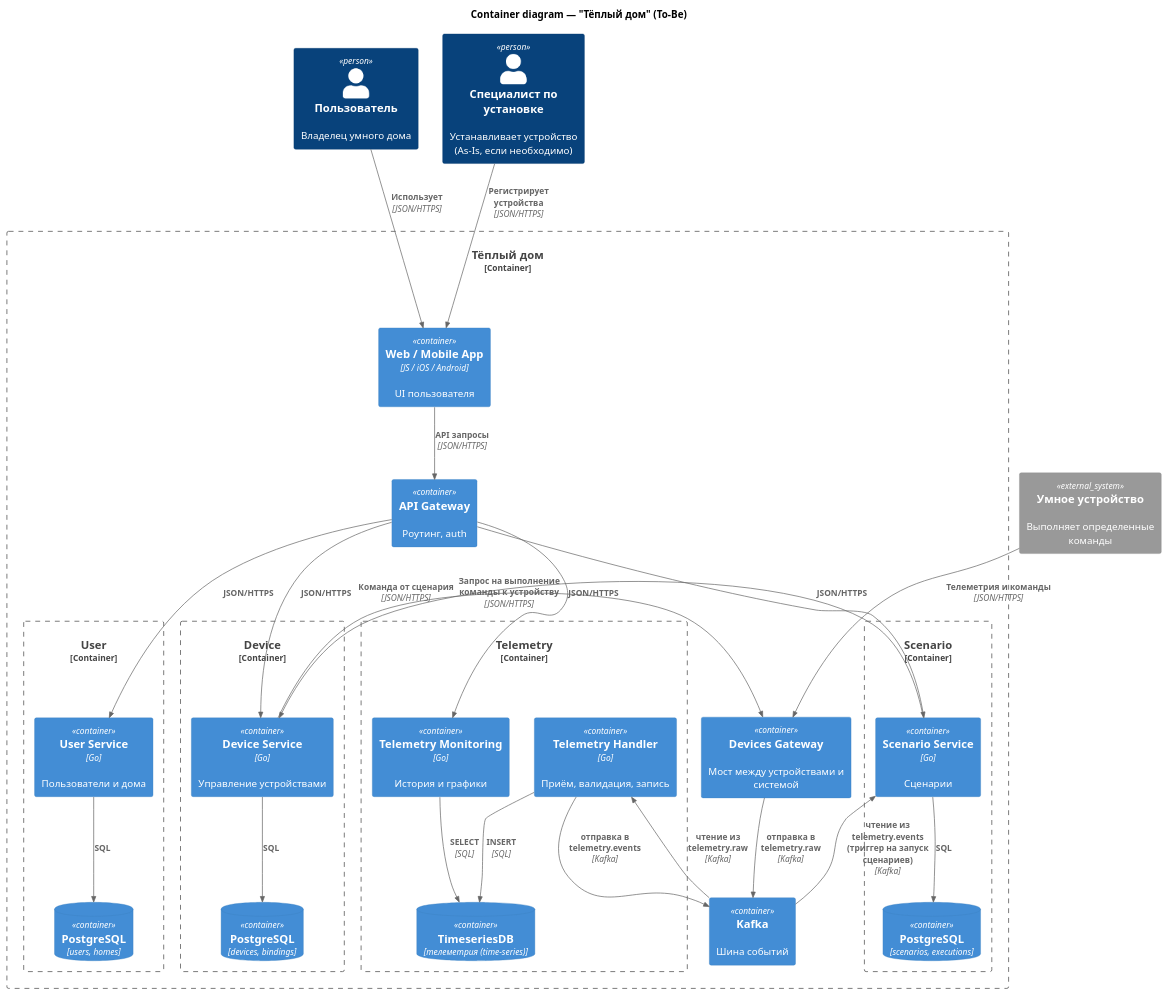
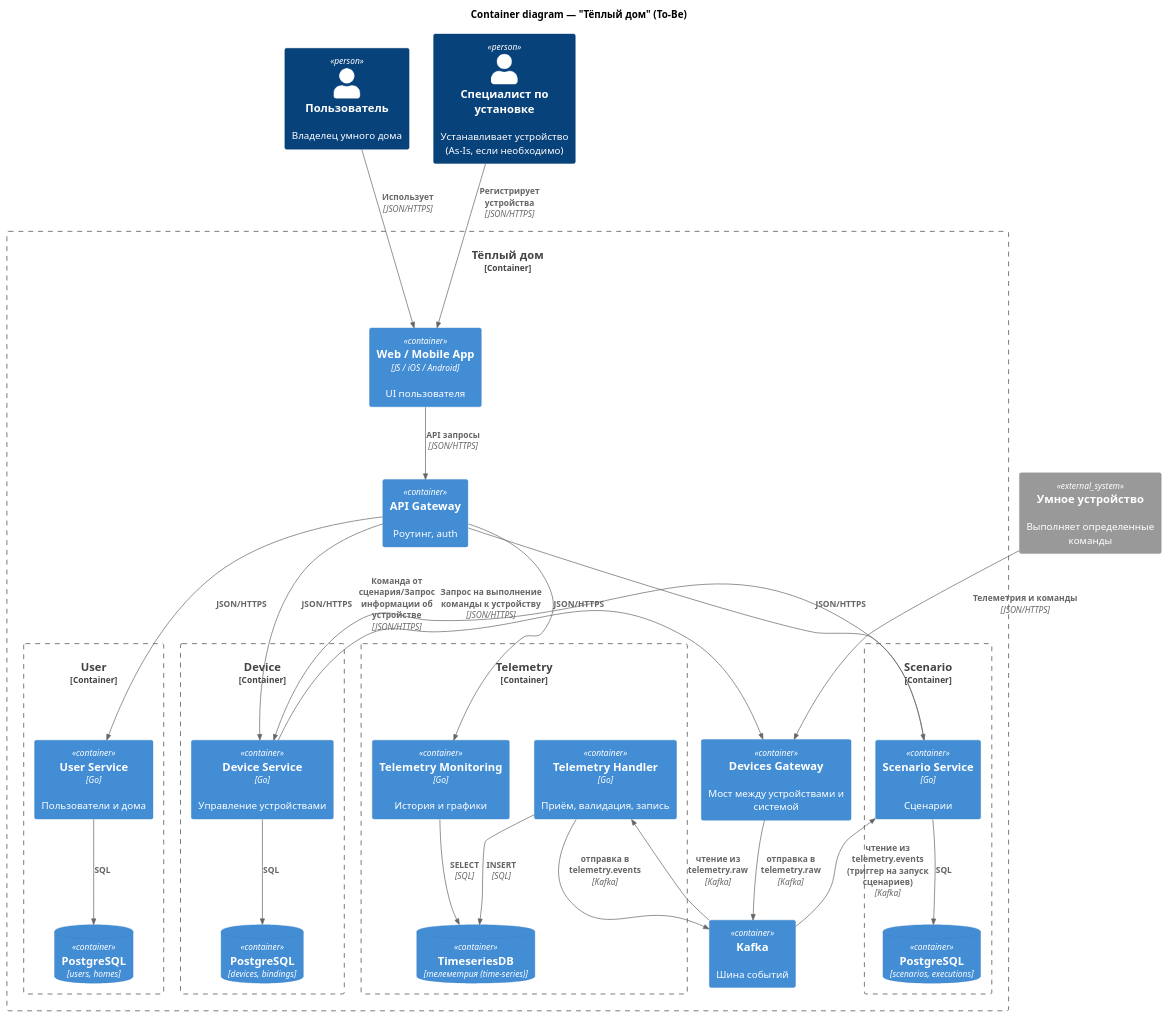
One commit to drunkendolphin2-ai/architecture-warmhouse changed the diagram in diagrams/context/SmartHome_Container.puml. Above: the diagram before and after it, drawn with PlantUML. The commit also changed 1 other file, not shown here.

```diff
--- a/diagrams/context/SmartHome_Container.puml
+++ b/diagrams/context/SmartHome_Container.puml
@@ -1,71 +1,71 @@
 @startuml
 !includeurl https://raw.githubusercontent.com/plantuml-stdlib/C4-PlantUML/master/C4_Container.puml
 
 title Container diagram — "Тёплый дом" (To-Be)
 
 Person(user, "Пользователь", "Владелец умного дома")
 Person(specialist, "Специалист по установке", "Устанавливает устройство (As-Is, если необходимо)")
 
 System_Ext(device, "Умное устройство", "Выполняет определенные команды")
 
 Container_Boundary(warmHouse, "Тёплый дом") {
 
     Container(webApp, "Web / Mobile App", "JS / iOS / Android", "UI пользователя")
     Container(apiGw, "API Gateway", "", "Роутинг, auth")
     Container(iotGw, "Devices Gateway", "", "Мост между устройствами и системой")
     Container(broker, "Kafka", "", "Шина событий")
 
     Container_Boundary(b_user, "User") {
         Container(userService, "User Service", "Go", "Пользователи и дома")
         ContainerDb(pgUser, "PostgreSQL", "users, homes")
     }
 
     Container_Boundary(b_device, "Device") {
         Container(deviceService, "Device Service", "Go", "Управление устройствами")
         ContainerDb(pgDevice, "PostgreSQL", "devices, bindings")
     }
 
     Container_Boundary(b_telemetry, "Telemetry") {
         Container(telemetryIn, "Telemetry Handler", "Go", "Приём, валидация, запись")
         Container(telemetryMonitoring, "Telemetry Monitoring", "Go", "История и графики")
         ContainerDb(tsdb, "TimeseriesDB", "телеметрия (time-series)")
     }
 
     Container_Boundary(b_scenario, "Scenario") {
         Container(scenarioService, "Scenario Service", "Go", "Сценарии")
         ContainerDb(pgScenario, "PostgreSQL", "scenarios, executions")
     }
 }
 
 ' Пользователи
 Rel(user, webApp, "Использует", "JSON/HTTPS")
 Rel(specialist, webApp, "Регистрирует устройства", "JSON/HTTPS")
 Rel(webApp, apiGw, "API запросы", "JSON/HTTPS")
 
 ' Запросы пользователей через Gateway
 Rel(apiGw, userService, "JSON/HTTPS")
 Rel(apiGw, deviceService, "JSON/HTTPS")
 Rel(apiGw, telemetryMonitoring, "JSON/HTTPS")
 Rel(apiGw, scenarioService, "JSON/HTTPS")
 
 ' Межсервисные запросы
-Rel(scenarioService, deviceService, "Команда от сценария", "JSON/HTTPS")
+Rel(scenarioService, deviceService, "Команда от сценария/Запрос информации об устройстве", "JSON/HTTPS")
 
 ' Async через Kafka
 Rel(broker, telemetryIn, "чтение из telemetry.raw", "Kafka")
 Rel(telemetryIn, broker, "отправка в telemetry.events", "Kafka")
 Rel(broker, scenarioService, "чтение из telemetry.events (триггер на запуск сценариев)", "Kafka")
 
 ' Устройства
 Rel(device, iotGw, "Телеметрия и команды", "JSON/HTTPS")
 Rel(iotGw, broker, "отправка в telemetry.raw", "Kafka")
 Rel(deviceService, iotGw, "Запрос на выполнение команды к устройству", "JSON/HTTPS")
 
 ' БД
 Rel(userService, pgUser, "SQL")
 Rel(deviceService, pgDevice, "SQL")
 Rel(telemetryIn, tsdb, "INSERT", "SQL")
 Rel(telemetryMonitoring, tsdb, "SELECT", "SQL")
 Rel(scenarioService, pgScenario, "SQL")
 
 @enduml
```
